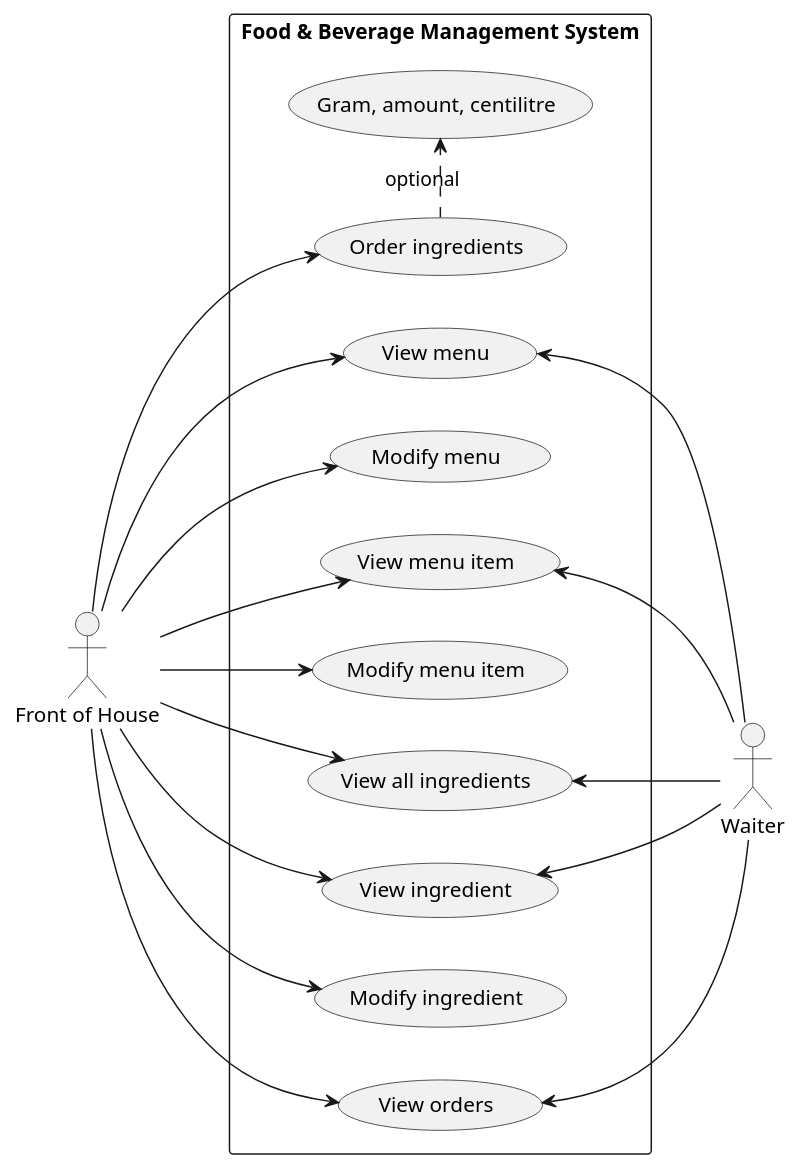
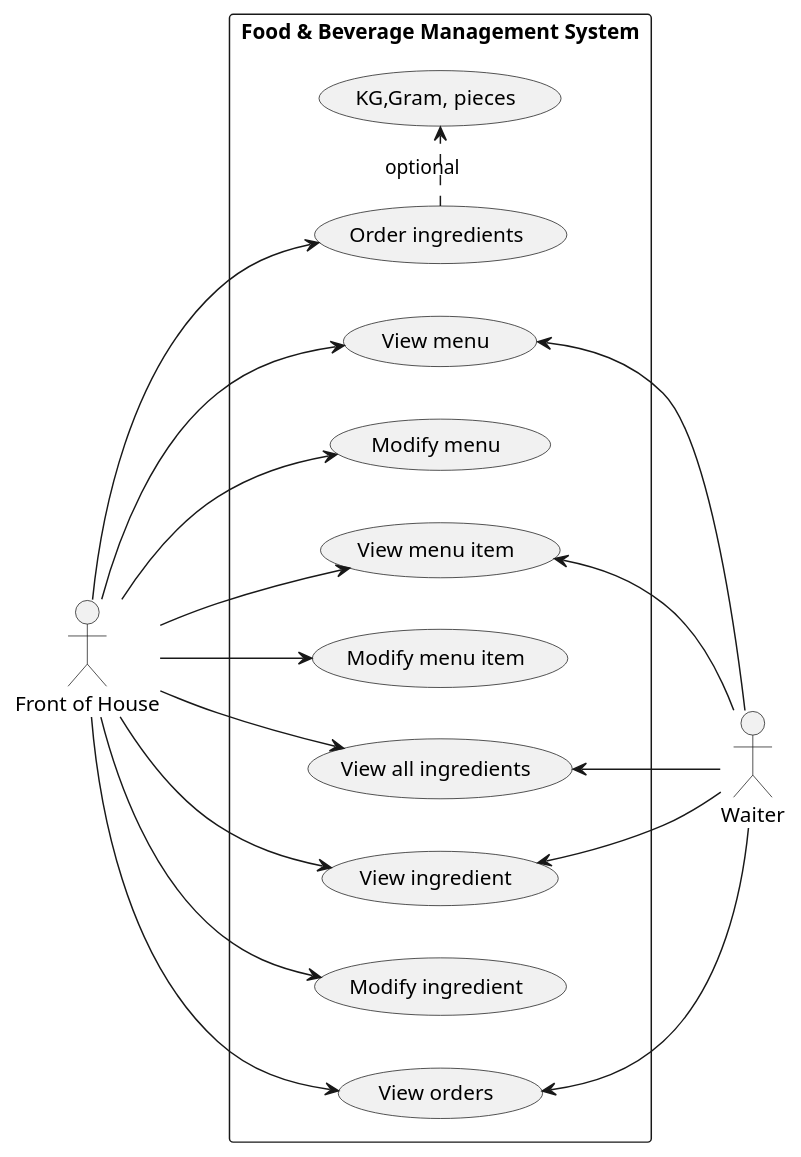
The diagram in src/main/docs/uml/use-case/restaurant/bar.puml (mrjink/molveno), drawn with PlantUML before and after one commit.

Commit message:
Use case Food & Beverage management order ingredients optional adjust value from Gram, amount & centilitre to KG, Gram, pieces

```diff
--- a/src/main/docs/uml/use-case/restaurant/bar.puml
+++ b/src/main/docs/uml/use-case/restaurant/bar.puml
@@ -1,42 +1,42 @@
 @startuml
 
 left to right direction
 
 actor "Front of House" as FoH
 actor Waiter
 
 rectangle "Food & Beverage Management System" {
     (View menu) as (MenuView)
     (Modify menu) as (MenuUpdate)
 
     (View menu item) as (MenuItemView)
     (Modify menu item) as (MenuItemUpdate)
 
     (View all ingredients) as (IngredientAll)
     (View ingredient) as (IngredientView)
     (Modify ingredient) as (IngredientUpdate)
     (Order ingredients) as (IngredientOrder)
     (View orders) as (BarOrderView)
-    (Gram, amount, centilitre) as (IngredientQuantity)
+    (KG,Gram, pieces) as (IngredientQuantity)
 
     (IngredientOrder) .> (IngredientQuantity) : optional
 
     FoH --> (MenuView)
     FoH --> (MenuUpdate)
     FoH --> (MenuItemView)
     FoH --> (MenuItemUpdate)
 
     FoH --> (IngredientAll)
     FoH --> (IngredientView)
     FoH --> (IngredientUpdate)
     FoH --> (IngredientOrder)
     FoH --> (BarOrderView)
 
     (MenuView) <-- Waiter
     (MenuItemView) <-- Waiter
     (IngredientAll) <-- Waiter
     (IngredientView) <-- Waiter
     (BarOrderView) <-- Waiter
 }
 
 @enduml
```
